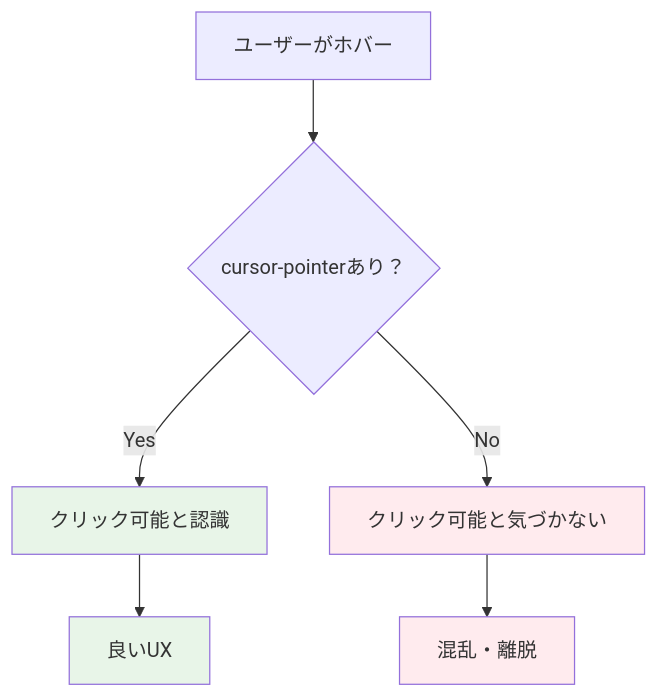
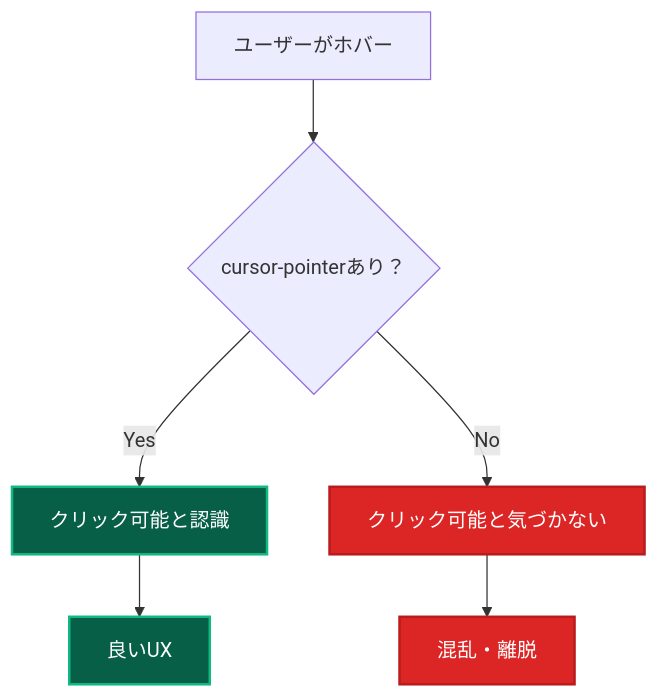
Before and after one commit to derushio/d-next-ddd-example: the fourth of 4 diagrams in _DOCS/guides/frontend-best-practices.md, drawn with Mermaid. The commit also changed other lines of this file and 31 other files, not shown here.

Commit message:
🎨: DOCSのMermaid図表カラーテーマを暗色に統一し視認性を向上

````diff
--- a/_DOCS/guides/frontend-best-practices.md
+++ b/_DOCS/guides/frontend-best-practices.md
@@ -301,14 +301,14 @@
 ```mermaid
 graph TD
     A[ユーザーがホバー] --> B{cursor-pointerあり？}
     B -->|Yes| C[クリック可能と認識]
     B -->|No| D[クリック可能と気づかない]
     
     C --> E[良いUX]
     D --> F[混乱・離脱]
     
-    style C fill:#e8f5e8
-    style D fill:#ffebee
-    style E fill:#e8f5e8
-    style F fill:#ffebee
+    style C fill:#065f46,stroke:#10b981,stroke-width:2px,color:#ffffff
+    style D fill:#dc2626,stroke:#b91c1c,stroke-width:2px,color:#ffffff
+    style E fill:#065f46,stroke:#10b981,stroke-width:2px,color:#ffffff
+    style F fill:#dc2626,stroke:#b91c1c,stroke-width:2px,color:#ffffff
 ```
````
